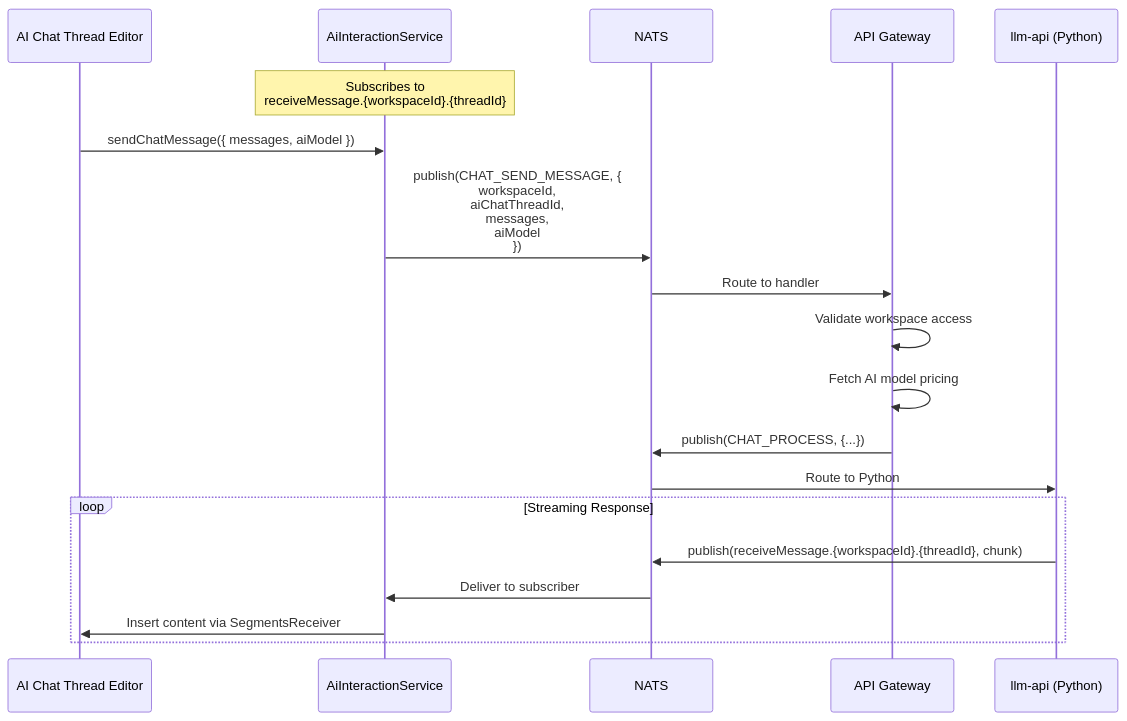
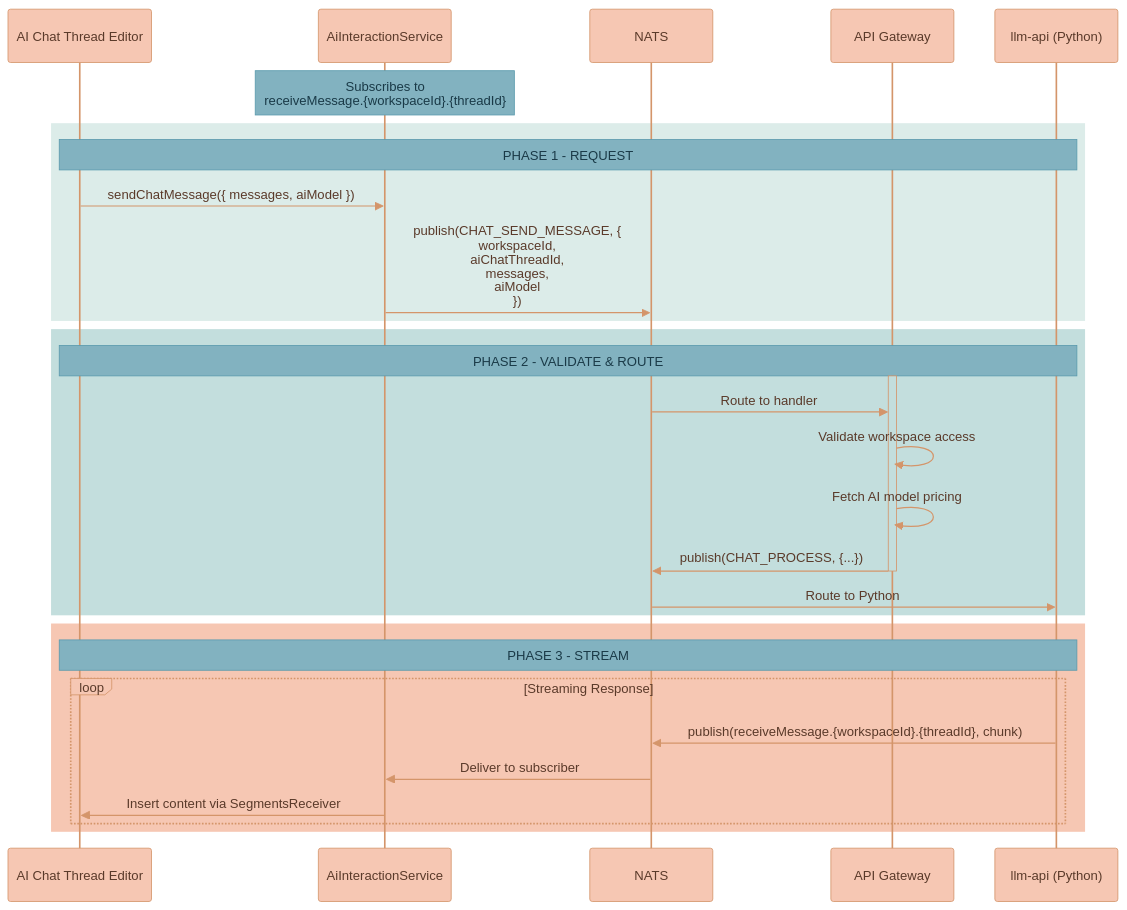
Before and after one commit to Lixpi/lixpi: the tenth of 17 diagrams in documentation/features/WORKSPACE-FEATURE.md, drawn with Mermaid. The commit also changed other lines of this file and 27 other files, not shown here.

````diff
--- a/documentation/features/WORKSPACE-FEATURE.md
+++ b/documentation/features/WORKSPACE-FEATURE.md
@@ -509,24 +629,44 @@
 ```mermaid
+%%{init: {'theme': 'base', 'themeVariables': { 'noteBkgColor': '#82B2C0', 'noteTextColor': '#1a3a47', 'noteBorderColor': '#5a9aad', 'actorBkg': '#F6C7B3', 'actorBorder': '#d4956a', 'actorTextColor': '#5a3a2a', 'actorLineColor': '#d4956a', 'signalColor': '#d4956a', 'signalTextColor': '#5a3a2a', 'labelBoxBkgColor': '#F6C7B3', 'labelBoxBorderColor': '#d4956a', 'labelTextColor': '#5a3a2a', 'loopTextColor': '#5a3a2a', 'activationBorderColor': '#d4956a', 'activationBkgColor': '#C3DEDD', 'sequenceNumberColor': '#5a3a2a'}}}%%
 sequenceDiagram
     participant Editor as AI Chat Thread Editor
     participant AIS as AiInteractionService
     participant NATS as NATS
     participant API as API Gateway
     participant LLM as llm-api (Python)
+    Note over AIS: Subscribes to<br/>receiveMessage.{workspaceId}.{threadId}
+    %% ═══════════════════════════════════════════════════════════════
+    %% PHASE 1: REQUEST
+    %% ═══════════════════════════════════════════════════════════════
+    rect rgb(220, 236, 233)
+        Note over Editor, LLM: PHASE 1 - REQUEST
+        Editor->>AIS: sendChatMessage({ messages, aiModel })
+        AIS->>NATS: publish(CHAT_SEND_MESSAGE, {<br/>  workspaceId,<br/>  aiChatThreadId,<br/>  messages,<br/>  aiModel<br/>})
+    end
 
-    Note over AIS: Subscribes to<br/>receiveMessage.{workspaceId}.{threadId}
+    %% ═══════════════════════════════════════════════════════════════
+    %% PHASE 2: VALIDATE & ROUTE
+    %% ═══════════════════════════════════════════════════════════════
+    rect rgb(195, 222, 221)
+        Note over Editor, LLM: PHASE 2 - VALIDATE & ROUTE
+        activate API
+        NATS->>API: Route to handler
+        API->>API: Validate workspace access
+        API->>API: Fetch AI model pricing
+        API->>NATS: publish(CHAT_PROCESS, {...})
+        deactivate API
+        NATS->>LLM: Route to Python
+    end
 
-    Editor->>AIS: sendChatMessage({ messages, aiModel })
-    AIS->>NATS: publish(CHAT_SEND_MESSAGE, {<br/>  workspaceId,<br/>  aiChatThreadId,<br/>  messages,<br/>  aiModel<br/>})
-    NATS->>API: Route to handler
-    API->>API: Validate workspace access
-    API->>API: Fetch AI model pricing
-    API->>NATS: publish(CHAT_PROCESS, {...})
-    NATS->>LLM: Route to Python
-
-    loop Streaming Response
-        LLM->>NATS: publish(receiveMessage.{workspaceId}.{threadId}, chunk)
-        NATS->>AIS: Deliver to subscriber
-        AIS->>Editor: Insert content via SegmentsReceiver
+    %% ═══════════════════════════════════════════════════════════════
+    %% PHASE 3: STREAM
+    %% ═══════════════════════════════════════════════════════════════
+    rect rgb(246, 199, 179)
+        Note over Editor, LLM: PHASE 3 - STREAM
+        loop Streaming Response
+            LLM->>NATS: publish(receiveMessage.{workspaceId}.{threadId}, chunk)
+            NATS->>AIS: Deliver to subscriber
+            AIS->>Editor: Insert content via SegmentsReceiver
+        end
     end
 ```
````
